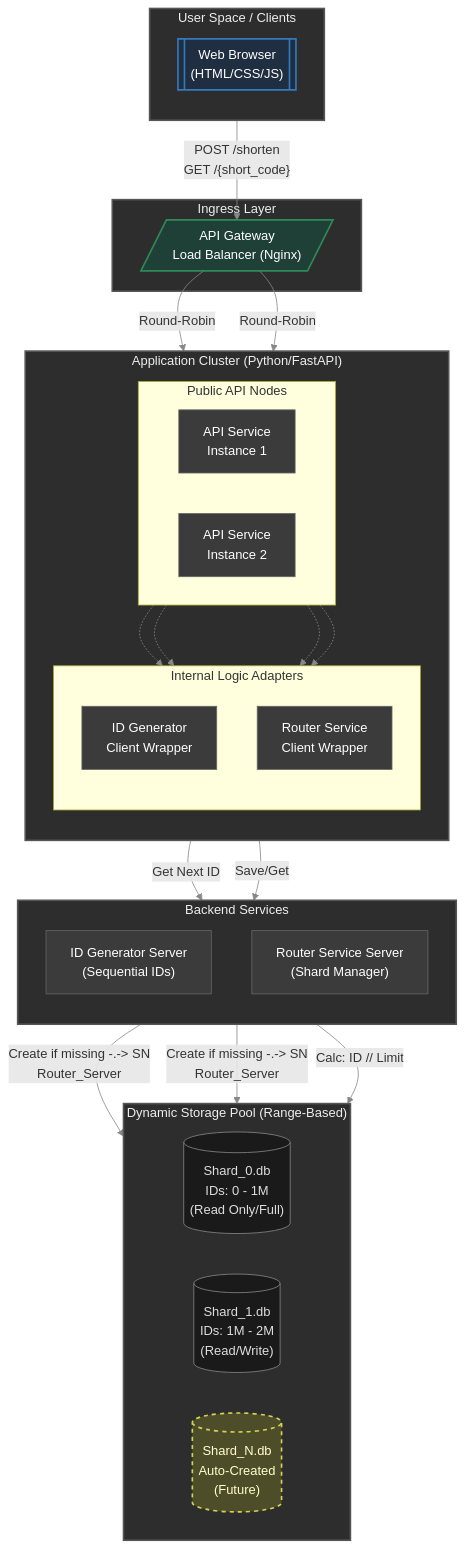
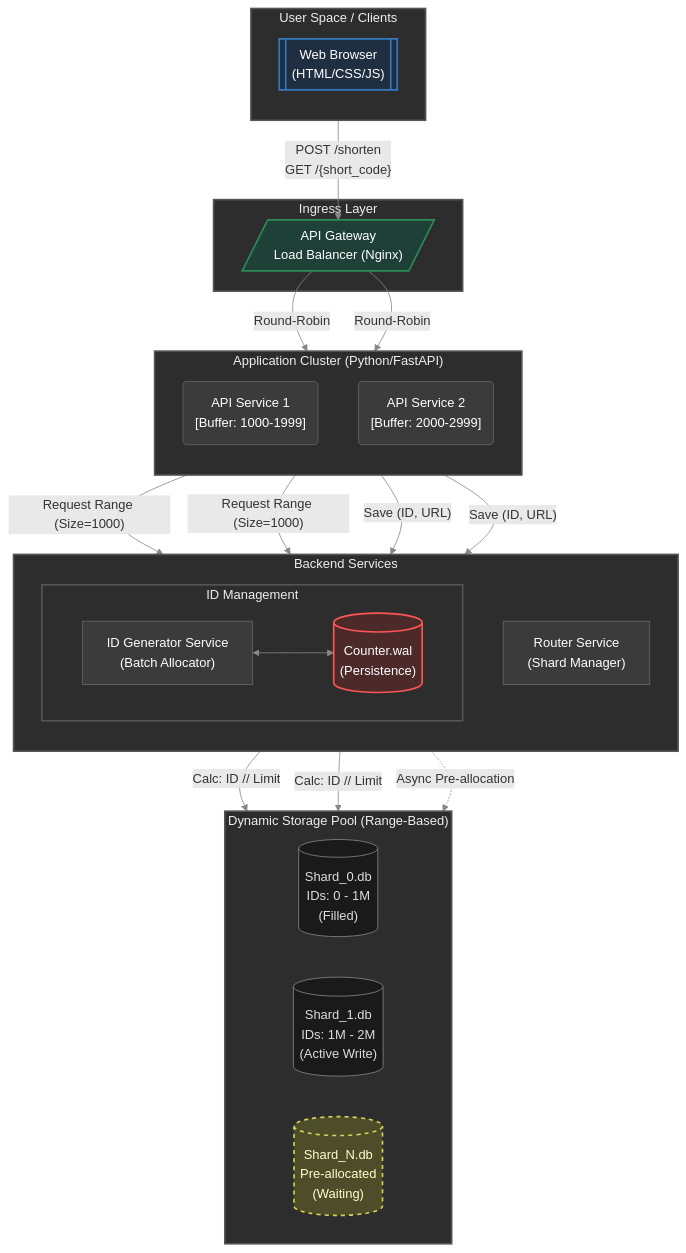
One commit to spbu-ds-practicum-2025/speedrunners changed the first of 5 diagrams in docs/tr.md. Above: the diagram before and after it, drawn with Mermaid. The commit also changed other lines of this file, not shown here.

````diff
--- a/docs/tr.md
+++ b/docs/tr.md
@@ -114,73 +115,74 @@
 ```mermaid
 graph TD
-    %% --- СТИЛИЗАЦИЯ (DARK THEME) ---
+    %% --- СТИЛИЗАЦИЯ (DARK THEME - СОХРАНЕНА) ---
     classDef darkContainer fill:#2d2d2d,stroke:#555555,stroke-width:2px,color:#eeeeee;
     classDef component fill:#3b3b3b,stroke:#666666,stroke-width:1px,color:#ffffff;
     classDef database fill:#1a1a1a,stroke:#888888,stroke-width:1px,color:#dddddd;
     classDef newShard fill:#4d4d2a,stroke:#d4d455,stroke-width:2px,stroke-dasharray: 5 5,color:#ffffcc;
     classDef gateway fill:#1f4037,stroke:#2e8b57,stroke-width:2px,color:#ffffff;
     classDef client fill:#1f2e40,stroke:#357abd,stroke-width:2px,color:#ffffff;
+    classDef state fill:#4d2a2a,stroke:#ff5555,stroke-width:2px,color:#ffffff;
     
     linkStyle default stroke:#888888,stroke-width:1px
 
     %% --- СЛОЙ КЛИЕНТОВ ---
     subgraph Clients ["User Space / Clients"]
         direction TB
         Browser[["Web Browser<br/>(HTML/CSS/JS)"]]:::client
     end
 
     %% --- СЛОЙ ВХОДА ---
     subgraph Ingress ["Ingress Layer"]
         Nginx[/"API Gateway<br/>Load Balancer (Nginx)"/]:::gateway
     end
 
-    %% --- СЛОЙ ПРИЛОЖЕНИЯ ---
+    %% --- СЛОЙ ПРИЛОЖЕНИЯ (С БУФЕРАМИ) ---
     subgraph AppCluster ["Application Cluster (Python/FastAPI)"]
         direction TB
         
-        subgraph API_Nodes ["Public API Nodes"]
-            direction LR
-            API_1["API Service<br/>Instance 1"]:::component
-            API_2["API Service<br/>Instance 2"]:::component
-        end
-
-        subgraph Internal_Clients ["Internal Logic Adapters"]
-            direction TB
-            ID_Client["ID Generator<br/>Client Wrapper"]:::component
-            Router_Client["Router Service<br/>Client Wrapper"]:::component
-        end
+        %% ВАЖНО: Кавычки спасают от ошибки парсинга скобок []
+        API_1("API Service 1<br/>[Buffer: 1000-1999]"):::component
+        API_2("API Service 2<br/>[Buffer: 2000-2999]"):::component
     end
 
     %% --- СЛОЙ БЭКЕНД СЕРВИСОВ ---
     subgraph BackendServices ["Backend Services"]
         direction TB
-        ID_Server["ID Generator Server<br/>(Sequential IDs)"]:::component
-        Router_Server["Router Service Server<br/>(Shard Manager)"]:::component
+        
+        subgraph ID_Logic ["ID Management"]
+            direction LR
+            ID_Server["ID Generator Service<br/>(Batch Allocator)"]:::component
+            ID_State[("Counter.wal<br/>(Persistence)")]:::state
+        end
+
+        Router_Server["Router Service<br/>(Shard Manager)"]:::component
     end
 
     %% --- СЛОЙ ХРАНЕНИЯ (DYNAMIC SHARDING) ---
     subgraph DataLayer ["Dynamic Storage Pool (Range-Based)"]
         direction LR
         
-        S0[("Shard_0.db<br/>IDs: 0 - 1M<br/>(Read Only/Full)")]:::database
-        S1[("Shard_1.db<br/>IDs: 1M - 2M<br/>(Read/Write)")]:::database
-        SN[("Shard_N.db<br/>Auto-Created<br/>(Future)")]:::newShard
+        S0[("Shard_0.db<br/>IDs: 0 - 1M<br/>(Filled)")]:::database
+        S1[("Shard_1.db<br/>IDs: 1M - 2M<br/>(Active Write)")]:::database
+        SN[("Shard_N.db<br/>Pre-allocated<br/>(Waiting)")]:::newShard
     end
 
     %% --- СВЯЗИ ---
     Browser == "POST /shorten<br/>GET /{short_code}" ==> Nginx
     Nginx -- "Round-Robin" --> API_1 & API_2
 
-    API_1 & API_2 -.-> ID_Client & Router_Client
+    %% Логика Батчей (Range Request)
+    API_1 & API_2 -- "Request Range (Size=1000)" --> ID_Server
+    ID_Server <--> ID_State
 
-    ID_Client -- "Get Next ID" --> ID_Server
-    Router_Client -- "Save/Get" --> Router_Server
+    %% Логика Сохранения
+    API_1 & API_2 -- "Save (ID, URL)" --> Router_Server
 
     %% Логика Роутера
-    Router_Server -- "Calc: ID // Limit" --> DataLayer
-    Router_Server -- "Create if missing" -.-> SN
-    Router_Server --> S0 & S1
+    Router_Server -- "Calc: ID // Limit" --> S0 & S1
+    Router_Server -.->|Async Pre-allocation| SN
 
     %% Стилизация блоков
     class Clients,Ingress,AppCluster,BackendServices,DataLayer darkContainer
+    class ID_Logic darkContainer
 ```
````
